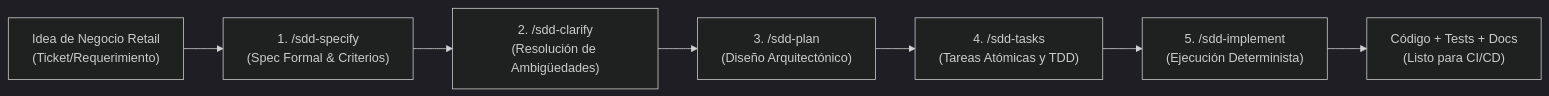
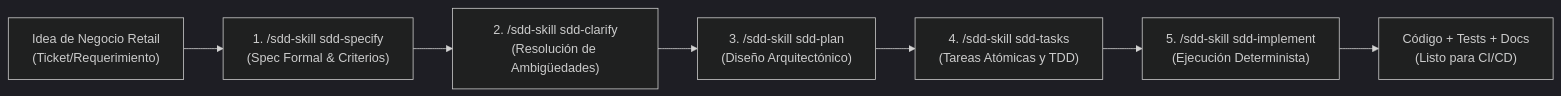
One commit to develasquez/full-stack-engineer changed the diagram in docs/02_S1_DESARROLLO_IA_Y_SDD.md. Above: the diagram before and after it, drawn with Mermaid (dark theme). The commit also changed other lines of this file and 5 other files, not shown here.

````diff
--- a/docs/02_S1_DESARROLLO_IA_Y_SDD.md
+++ b/docs/02_S1_DESARROLLO_IA_Y_SDD.md
@@ -27,9 +27,9 @@
 ```mermaid
 flowchart LR
-    A["Idea de Negocio Retail\n(Ticket/Requerimiento)"] --> B["1. /sdd-specify\n(Spec Formal & Criterios)"]
-    B --> C["2. /sdd-clarify\n(Resolución de Ambigüedades)"]
-    C --> D["3. /sdd-plan\n(Diseño Arquitectónico)"]
-    D --> E["4. /sdd-tasks\n(Tareas Atómicas y TDD)"]
-    E --> F["5. /sdd-implement\n(Ejecución Determinista)"]
+    A["Idea de Negocio Retail\n(Ticket/Requerimiento)"] --> B["1. /sdd-skill sdd-specify\n(Spec Formal & Criterios)"]
+    B --> C["2. /sdd-skill sdd-clarify\n(Resolución de Ambigüedades)"]
+    C --> D["3. /sdd-skill sdd-plan\n(Diseño Arquitectónico)"]
+    D --> E["4. /sdd-skill sdd-tasks\n(Tareas Atómicas y TDD)"]
+    E --> F["5. /sdd-skill sdd-implement\n(Ejecución Determinista)"]
     F --> G["Código + Tests + Docs\n(Listo para CI/CD)"]
 ```
````
